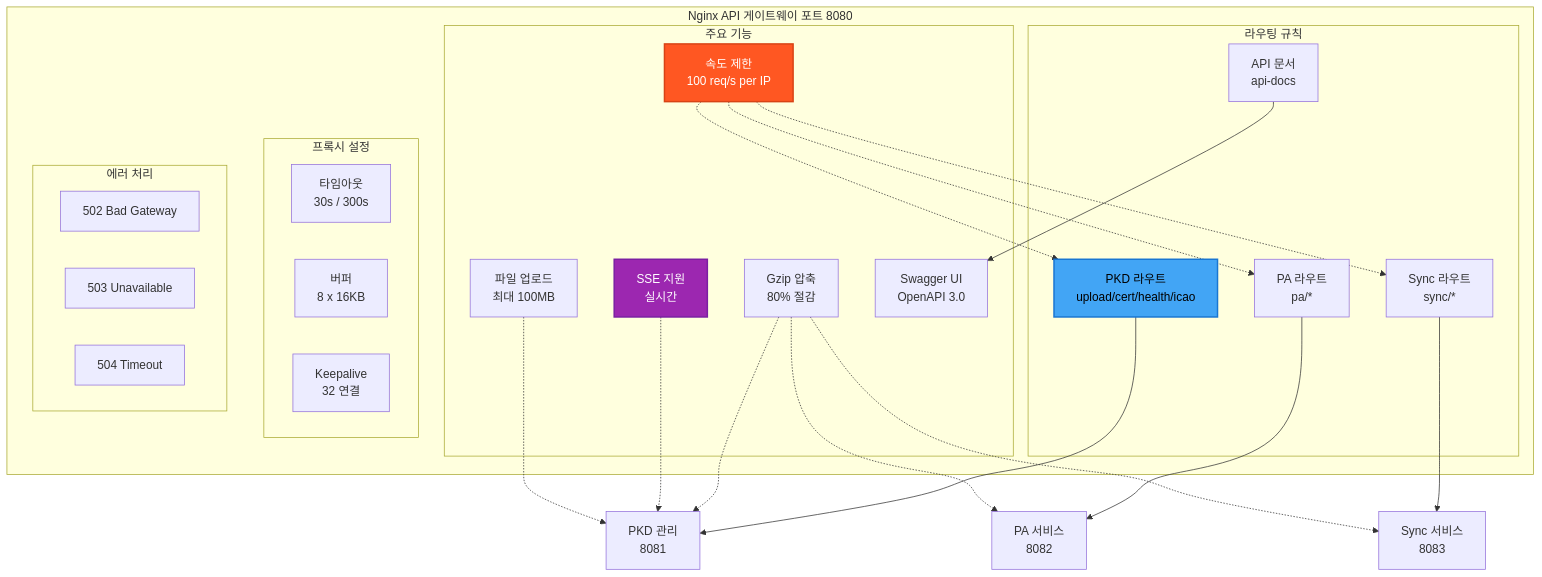
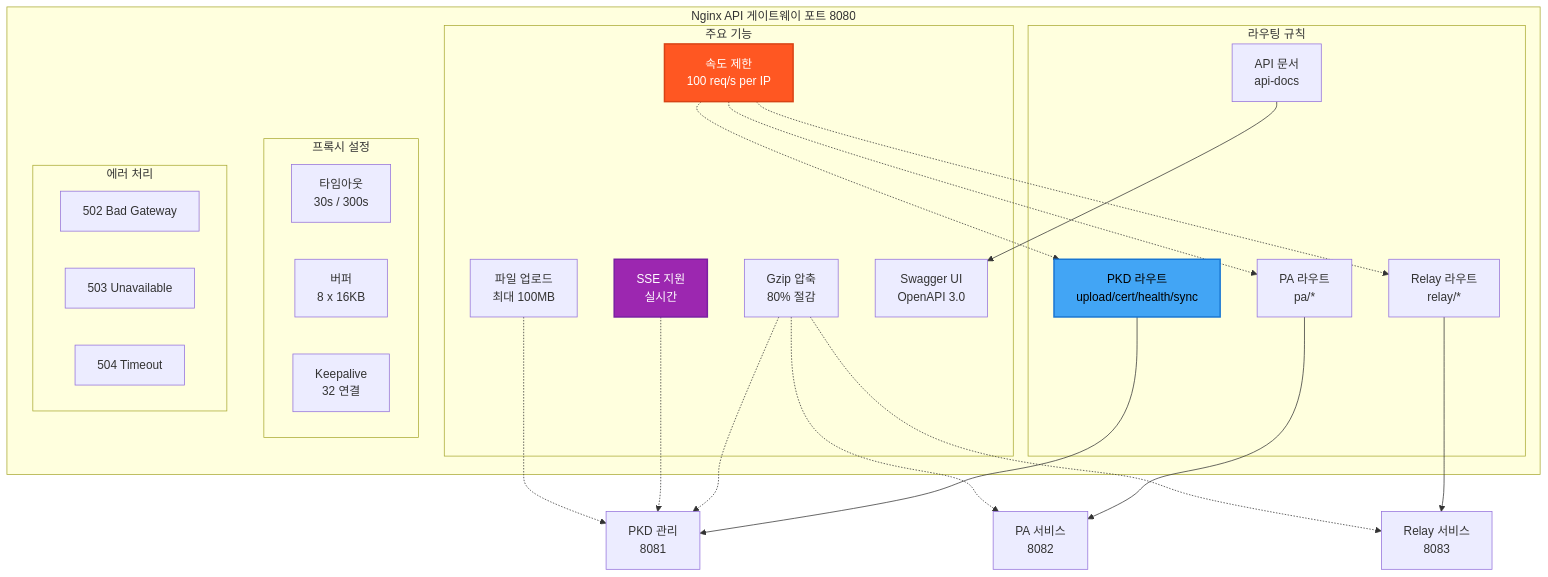
One commit to iland112/icao-local-pkd-cpp changed the eighth of 16 diagrams in docs/SOFTWARE_ARCHITECTURE.md. Above: the diagram before and after it, drawn with Mermaid. The commit also changed other lines of this file and 1 other file, not shown here.

First line of the commit message:
docs: Update SOFTWARE_ARCHITECTURE.md to v2.0.0 - Reflect PKD Relay Service separation

````diff
--- a/docs/SOFTWARE_ARCHITECTURE.md
+++ b/docs/SOFTWARE_ARCHITECTURE.md
@@ -625,51 +718,51 @@
 ```mermaid
 graph TB
     subgraph Gateway["Nginx API 게이트웨이 포트 8080"]
         subgraph Routes["라우팅 규칙"]
-            Route1["PKD 라우트<br/>upload/cert/health/icao"]
+            Route1["PKD 라우트<br/>upload/cert/health/sync"]
             Route2["PA 라우트<br/>pa/*"]
-            Route3["Sync 라우트<br/>sync/*"]
+            Route3["Relay 라우트<br/>relay/*"]
             Route4["API 문서<br/>api-docs"]
         end
 
         subgraph Features["주요 기능"]
             RateLimit["속도 제한<br/>100 req/s per IP"]
             Gzip["Gzip 압축<br/>80% 절감"]
             SSE["SSE 지원<br/>실시간"]
             Upload["파일 업로드<br/>최대 100MB"]
             Swagger["Swagger UI<br/>OpenAPI 3.0"]
         end
 
         subgraph Proxy["프록시 설정"]
             Timeout["타임아웃<br/>30s / 300s"]
             Buffer["버퍼<br/>8 x 16KB"]
             Keepalive["Keepalive<br/>32 연결"]
         end
 
         subgraph Errors["에러 처리"]
             Error502["502 Bad Gateway"]
             Error503["503 Unavailable"]
             Error504["504 Timeout"]
         end
     end
 
     Route1 --> PKD["PKD 관리<br/>8081"]
     Route2 --> PA["PA 서비스<br/>8082"]
-    Route3 --> SyncSvc["Sync 서비스<br/>8083"]
+    Route3 --> RelaySvc["Relay 서비스<br/>8083"]
     Route4 --> Swagger
 
     RateLimit -.-> Route1
     RateLimit -.-> Route2
     RateLimit -.-> Route3
 
     Gzip -.-> PKD
     Gzip -.-> PA
-    Gzip -.-> SyncSvc
+    Gzip -.-> RelaySvc
 
     SSE -.-> PKD
     Upload -.-> PKD
 
     style Route1 fill:#42A5F5,stroke:#1976D2,stroke-width:2px,color:#000
     style RateLimit fill:#FF5722,stroke:#D84315,stroke-width:2px,color:#fff
     style SSE fill:#9C27B0,stroke:#7B1FA2,stroke-width:2px,color:#fff
 ```
````
